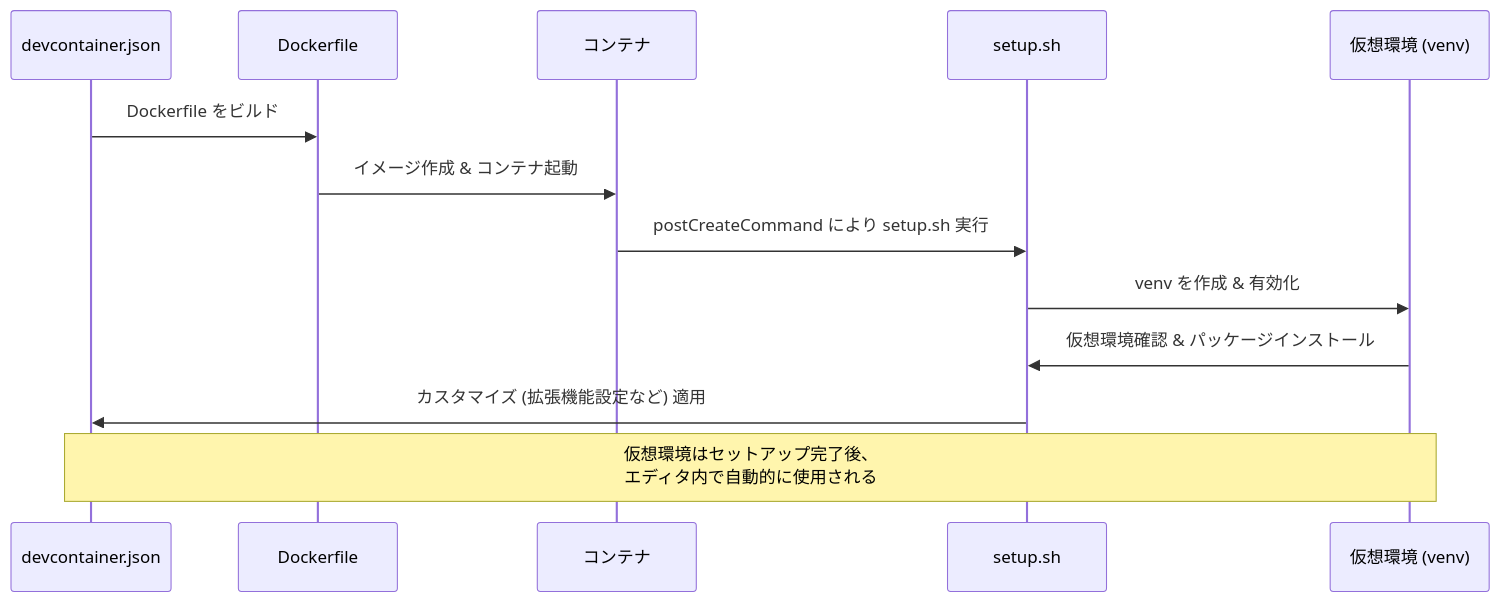
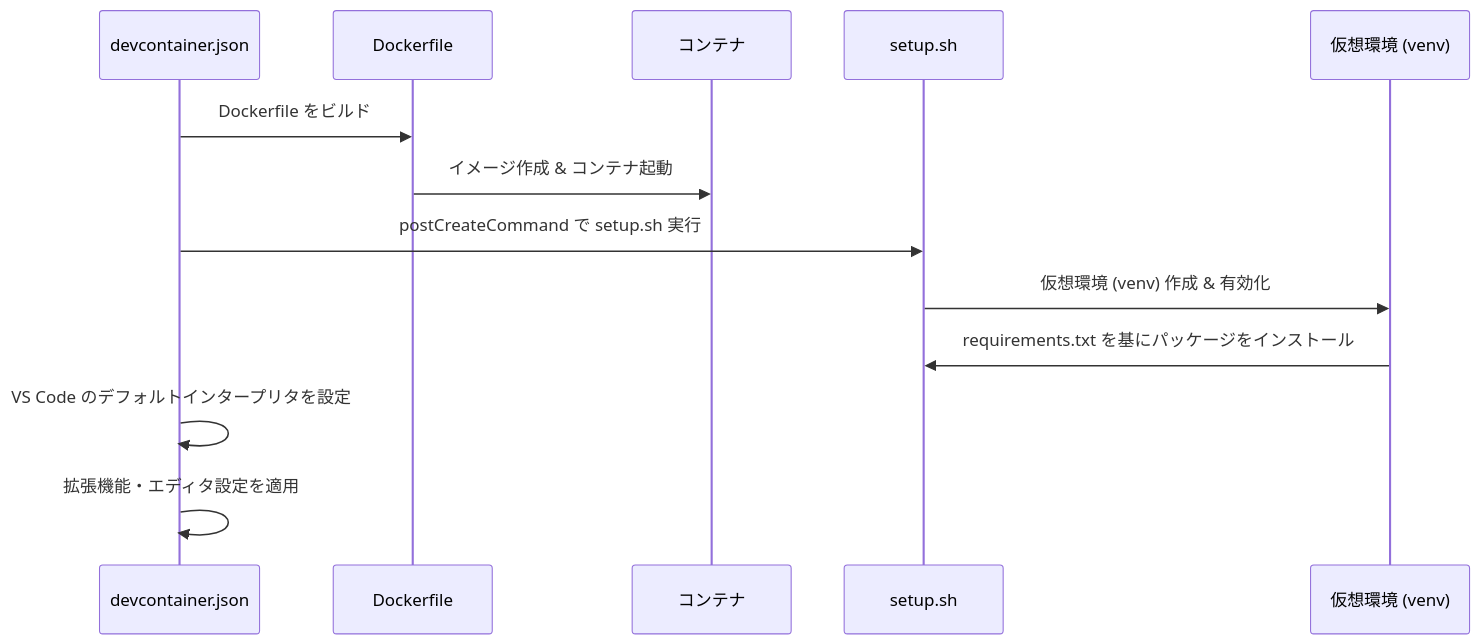
The diagram in README.md (duri0214/docker_world), drawn with Mermaid before and after one commit. The commit also changed other lines of this file, not shown here.

First line of the commit message:
Update README with refined Dev Container setup steps

````diff
--- a/README.md
+++ b/README.md
@@ -43,16 +31,16 @@
 ```mermaid
 sequenceDiagram
     participant DevContainer as devcontainer.json
     participant Docker as Dockerfile
     participant Container as コンテナ
-    participant Setup as setup.sh
+    participant SetupScript as setup.sh
     participant venv as 仮想環境 (venv)
 
     DevContainer->>Docker: Dockerfile をビルド
     Docker->>Container: イメージ作成 & コンテナ起動
-    Container->>Setup: postCreateCommand により setup.sh 実行
-    Setup->>venv: venv を作成 & 有効化
-    venv->>Setup: 仮想環境確認 & パッケージインストール
-    Setup->>DevContainer: カスタマイズ (拡張機能設定など) 適用
-    Note over DevContainer,venv: 仮想環境はセットアップ完了後、<br>エディタ内で自動的に使用される
+    DevContainer->>SetupScript: postCreateCommand で setup.sh 実行
+    SetupScript->>venv: 仮想環境 (venv) 作成 & 有効化
+    venv->>SetupScript: requirements.txt を基にパッケージをインストール
+    DevContainer->>DevContainer: VS Code のデフォルトインタープリタを設定
+    DevContainer->>DevContainer: 拡張機能・エディタ設定を適用
 ```
````
